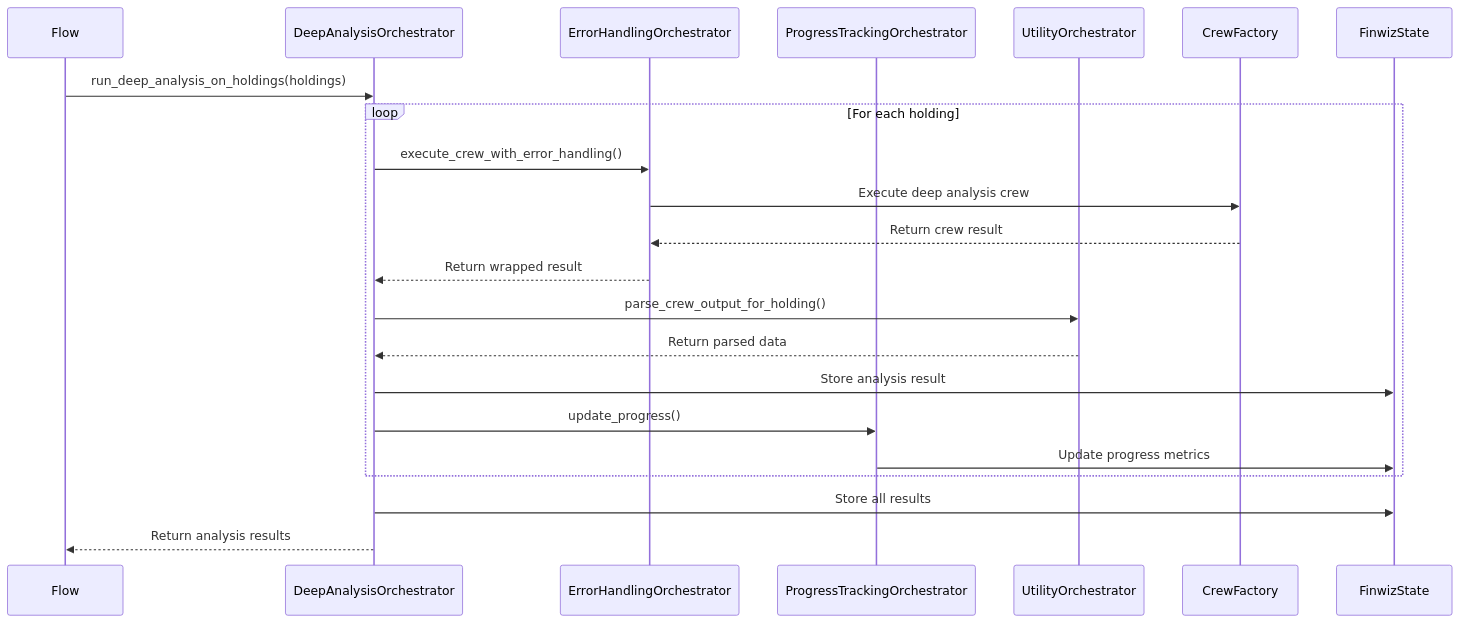
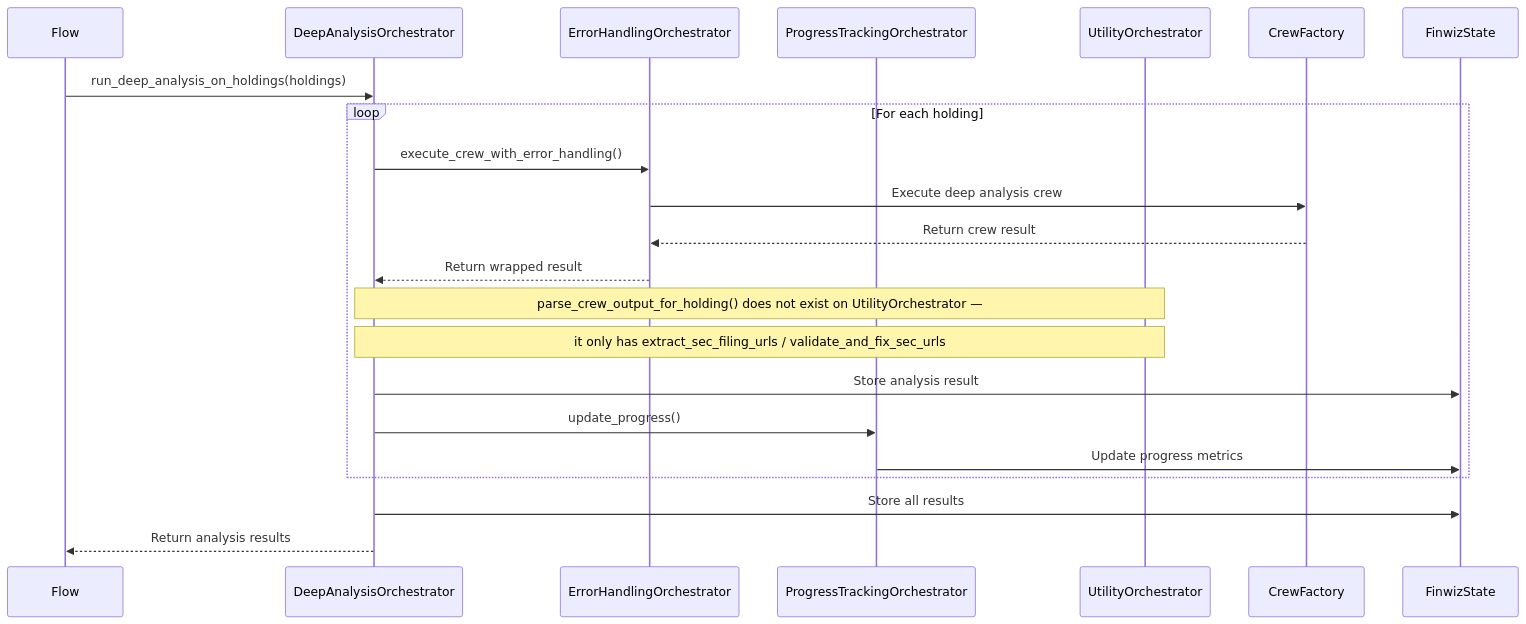
One commit to fjacquet/finwiz changed the third of 13 diagrams in docs/explanations/ORCHESTRATOR_INTERACTIONS.md. Above: the diagram before and after it, drawn with Mermaid. The commit also changed other lines of this file and 1 other file, not shown here.

````diff
--- a/docs/explanations/ORCHESTRATOR_INTERACTIONS.md
+++ b/docs/explanations/ORCHESTRATOR_INTERACTIONS.md
@@ -98,30 +100,30 @@
 ```mermaid
 sequenceDiagram
     participant Flow
     participant Deep as DeepAnalysisOrchestrator
     participant Error as ErrorHandlingOrchestrator
     participant Prog as ProgressTrackingOrchestrator
     participant Util as UtilityOrchestrator
     participant Crew as CrewFactory
     participant State as FinwizState
 
     Flow->>Deep: run_deep_analysis_on_holdings(holdings)
 
     loop For each holding
         Deep->>Error: execute_crew_with_error_handling()
         Error->>Crew: Execute deep analysis crew
         Crew-->>Error: Return crew result
         Error-->>Deep: Return wrapped result
 
-        Deep->>Util: parse_crew_output_for_holding()
-        Util-->>Deep: Return parsed data
+        Note over Deep,Util: parse_crew_output_for_holding() does not exist on UtilityOrchestrator —
+        Note over Deep,Util: it only has extract_sec_filing_urls / validate_and_fix_sec_urls
 
         Deep->>State: Store analysis result
 
         Deep->>Prog: update_progress()
         Prog->>State: Update progress metrics
     end
 
     Deep->>State: Store all results
     Deep-->>Flow: Return analysis results
 ```
````
